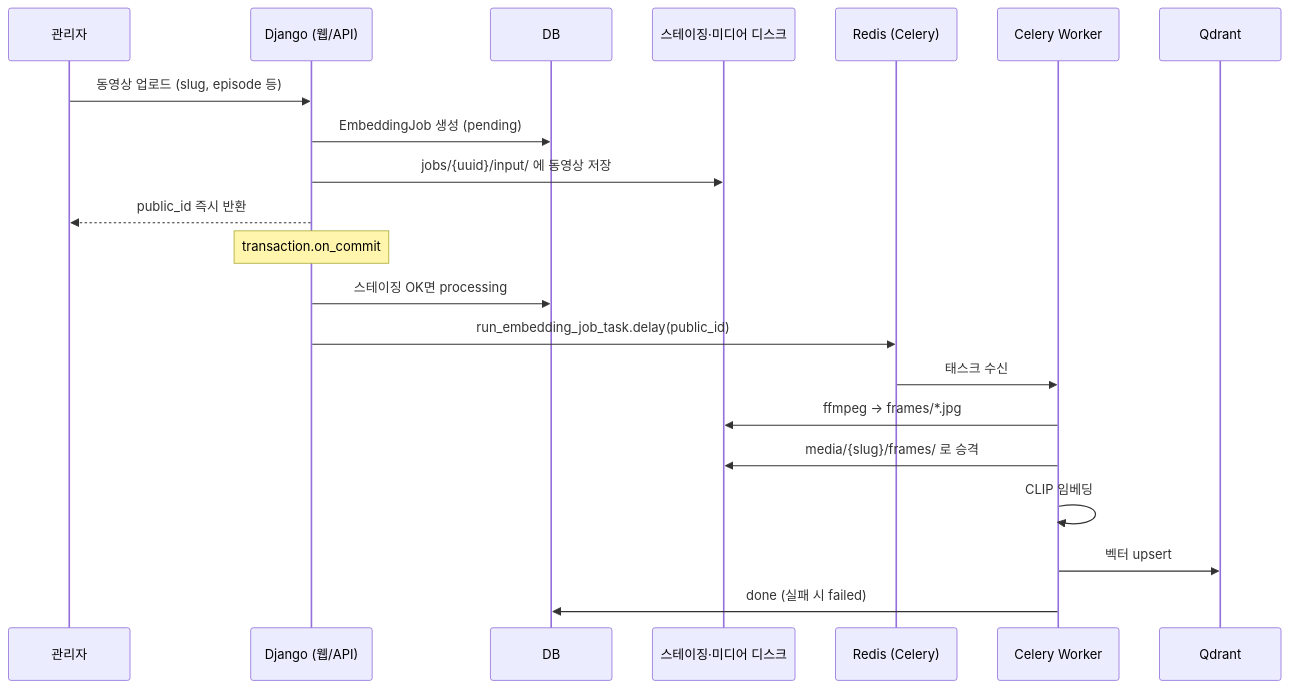
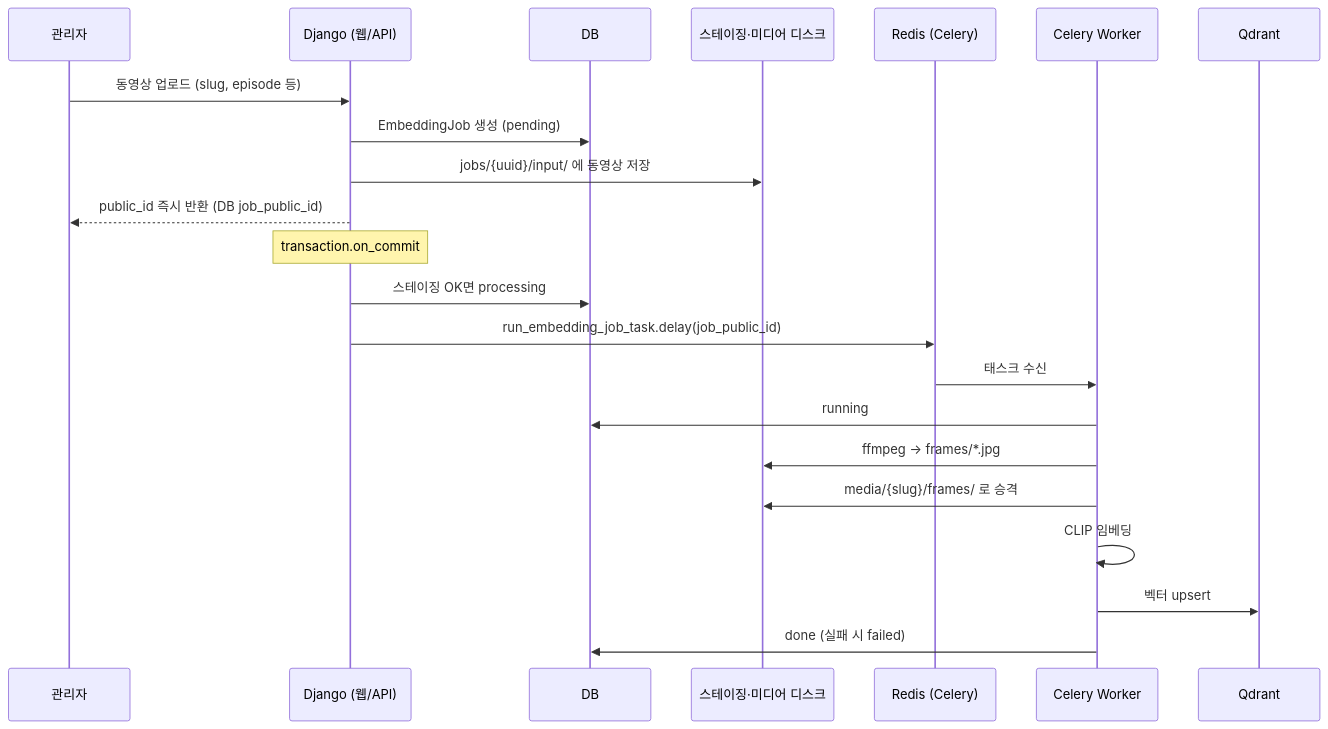
Before and after one commit to DSeung001/dseung001.github.io: the third of 3 diagrams in content/posts/2026/05/10/index.md, drawn with Mermaid. The commit also changed other lines of this file, not shown here.

````diff
--- a/content/posts/2026/05/10/index.md
+++ b/content/posts/2026/05/10/index.md
@@ -1136,26 +1141,27 @@
 ```mermaid
 sequenceDiagram
     participant Admin as 관리자
     participant Django as Django (웹/API)
     participant DB as DB
     participant Disk as 스테이징·미디어 디스크
     participant Redis as Redis (Celery)
     participant Worker as Celery Worker
     participant Qdrant as Qdrant
 
     Admin->>Django: 동영상 업로드 (slug, episode 등)
     Django->>DB: EmbeddingJob 생성 (pending)
     Django->>Disk: jobs/{uuid}/input/ 에 동영상 저장
-    Django-->>Admin: public_id 즉시 반환
+    Django-->>Admin: public_id 즉시 반환 (DB job_public_id)
 
     Note over Django: transaction.on_commit
     Django->>DB: 스테이징 OK면 processing
-    Django->>Redis: run_embedding_job_task.delay(public_id)
+    Django->>Redis: run_embedding_job_task.delay(job_public_id)
 
     Redis->>Worker: 태스크 수신
+    Worker->>DB: running
     Worker->>Disk: ffmpeg → frames/*.jpg
     Worker->>Disk: media/{slug}/frames/ 로 승격
     Worker->>Worker: CLIP 임베딩
     Worker->>Qdrant: 벡터 upsert
     Worker->>DB: done (실패 시 failed)
 ```
````
